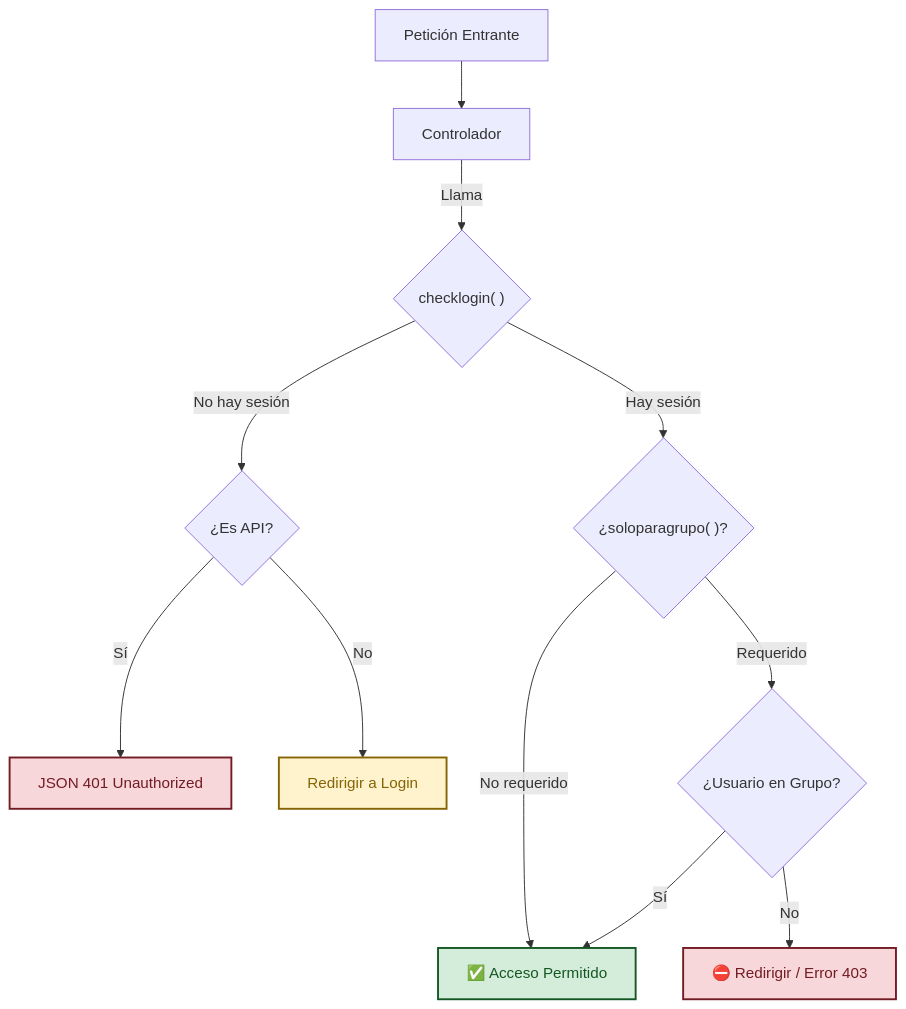
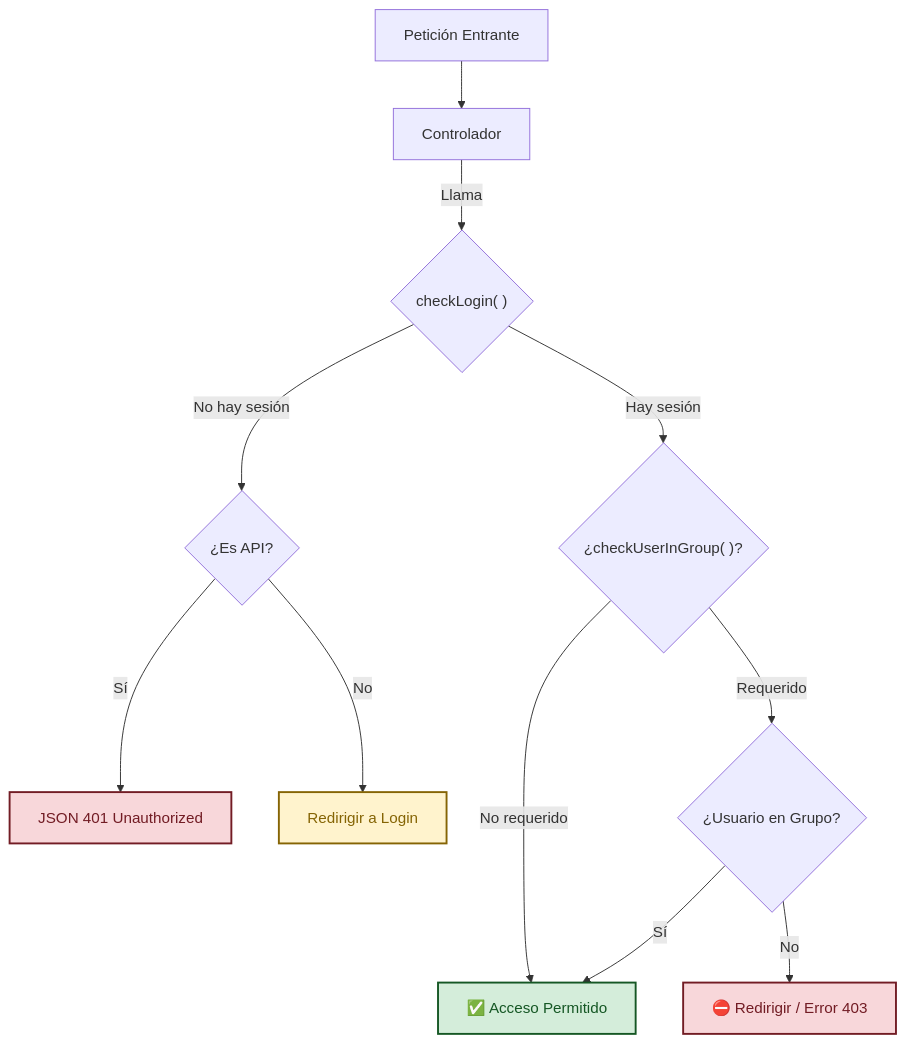
The diagram in documentacion/docs/avanzado/autenticacion_integrada.md (cgarciagl/Ragnos), drawn with Mermaid before and after one commit. The commit also changed other lines of this file and 29 other files, not shown here.

````diff
--- a/documentacion/docs/avanzado/autenticacion_integrada.md
+++ b/documentacion/docs/avanzado/autenticacion_integrada.md
@@ -20,23 +20,23 @@
 ```mermaid
 graph TD
     Req["Petición Entrante"] --> Controller["Controlador"]
-    Controller -->|Llama| Check{"checklogin( )"}
+    Controller -->|Llama| Check{"checkLogin( )"}
 
     Check -- "No hay sesión" --> Type{"¿Es API?"}
     Type -- "Sí" --> Error401["JSON 401 Unauthorized"]
     Type -- "No" --> Login["Redirigir a Login"]
 
-    Check -- "Hay sesión" --> Group{"¿soloparagrupo( )?"}
+    Check -- "Hay sesión" --> Group{"¿checkUserInGroup( )?"}
 
     Group -- "No requerido" --> Access["✅ Acceso Permitido"]
     Group -- "Requerido" --> Role{"¿Usuario en Grupo?"}
 
     Role -- "Sí" --> Access
     Role -- "No" --> Error403["⛔ Redirigir / Error 403"]
 
     %% Estilos mejorados
     style Access fill:#d4edda,stroke:#155724,stroke-width:2px,color:#155724
     style Error401 fill:#f8d7da,stroke:#721c24,stroke-width:2px,color:#721c24
     style Login fill:#fff3cd,stroke:#856404,stroke-width:2px,color:#856404
     style Error403 fill:#f8d7da,stroke:#721c24,stroke-width:2px,color:#721c24
 ```
````
